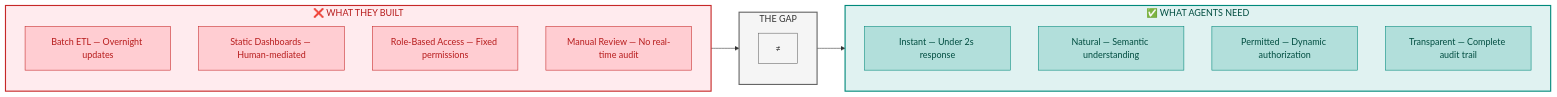
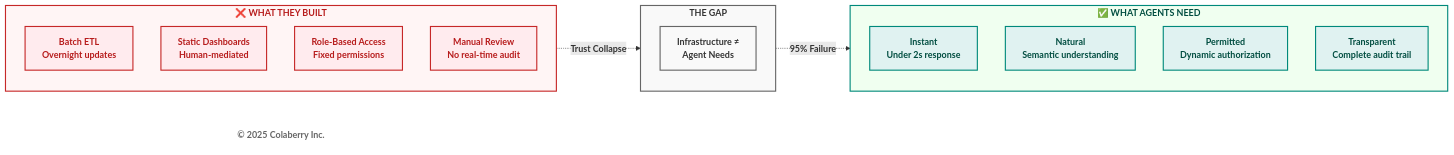
Before and after one commit to saitejesh-cyber/trust-before-intelligence-book: the first of 6 diagrams in manuscript/chapter_1_why_agents_fail_v3_1.md, drawn with Mermaid. The commit also changed other lines of this file and 52 other files, not shown here.

````diff
--- a/manuscript/chapter_1_why_agents_fail_v3_1.md
+++ b/manuscript/chapter_1_why_agents_fail_v3_1.md
@@ -24,35 +24,39 @@
 ```mermaid
-graph LR
-    subgraph BEFORE["❌ WHAT THEY BUILT"]
-        B1["Batch ETL — Overnight updates"]
-        B2["Static Dashboards — Human-mediated"]
-        B3["Role-Based Access — Fixed permissions"]
-        B4["Manual Review — No real-time audit"]
+flowchart LR
+    subgraph BUILT["<b>❌ WHAT THEY BUILT</b>"]
+        B1["<b>Batch ETL</b><br/><b>Overnight updates</b>"]
+        B2["<b>Static Dashboards</b><br/><b>Human-mediated</b>"]
+        B3["<b>Role-Based Access</b><br/><b>Fixed permissions</b>"]
+        B4["<b>Manual Review</b><br/><b>No real-time audit</b>"]
     end
-    
-    subgraph GAP["THE GAP"]
-        G1["≠"]
+
+    subgraph GAP["<b>THE GAP</b>"]
+        G["<b>Infrastructure ≠</b><br/><b>Agent Needs</b>"]
     end
-    
-    subgraph AFTER["✅ WHAT AGENTS NEED"]
-        A1["Instant — Under 2s response"]
-        A2["Natural — Semantic understanding"]
-        A3["Permitted — Dynamic authorization"]
-        A4["Transparent — Complete audit trail"]
+
+    subgraph NEED["<b>✅ WHAT AGENTS NEED</b>"]
+        N1["<b>Instant</b><br/><b>Under 2s response</b>"]
+        N2["<b>Natural</b><br/><b>Semantic understanding</b>"]
+        N3["<b>Permitted</b><br/><b>Dynamic authorization</b>"]
+        N4["<b>Transparent</b><br/><b>Complete audit trail</b>"]
     end
-    
-    BEFORE --> GAP --> AFTER
-    
-    style BEFORE fill:#ffebee,stroke:#c62828,stroke-width:2px,color:#b71c1c
-    style GAP fill:#f5f5f5,stroke:#666666,stroke-width:2px,color:#333333
-    style AFTER fill:#e0f2f1,stroke:#00897b,stroke-width:2px,color:#004d40
-    style B1 fill:#ffcdd2,stroke:#c62828,color:#b71c1c
-    style B2 fill:#ffcdd2,stroke:#c62828,color:#b71c1c
-    style B3 fill:#ffcdd2,stroke:#c62828,color:#b71c1c
-    style B4 fill:#ffcdd2,stroke:#c62828,color:#b71c1c
-    style G1 fill:#f5f5f5,stroke:#666666,color:#333333
-    style A1 fill:#b2dfdb,stroke:#00897b,color:#004d40
-    style A2 fill:#b2dfdb,stroke:#00897b,color:#004d40
-    style A3 fill:#b2dfdb,stroke:#00897b,color:#004d40
-    style A4 fill:#b2dfdb,stroke:#00897b,color:#004d40
+
+    Copyright["<b>© 2025 Colaberry Inc.</b>"]
+
+    BUILT -.->|"<b>Trust Collapse</b>"| GAP
+    GAP -.->|"<b>95% Failure</b>"| NEED
+
+    style BUILT fill:#fff5f5,stroke:#c62828,stroke-width:2px,color:#b71c1c
+    style B1 fill:#ffebee,stroke:#c62828,stroke-width:2px,color:#b71c1c
+    style B2 fill:#ffebee,stroke:#c62828,stroke-width:2px,color:#b71c1c
+    style B3 fill:#ffebee,stroke:#c62828,stroke-width:2px,color:#b71c1c
+    style B4 fill:#ffebee,stroke:#c62828,stroke-width:2px,color:#b71c1c
+    style GAP fill:#f9f9f9,stroke:#666666,stroke-width:2px,color:#333333
+    style G fill:#f9f9f9,stroke:#666666,stroke-width:2px,color:#333333
+    style NEED fill:#f0fff0,stroke:#00897b,stroke-width:2px,color:#004d40
+    style N1 fill:#e0f2f1,stroke:#00897b,stroke-width:2px,color:#004d40
+    style N2 fill:#e0f2f1,stroke:#00897b,stroke-width:2px,color:#004d40
+    style N3 fill:#e0f2f1,stroke:#00897b,stroke-width:2px,color:#004d40
+    style N4 fill:#e0f2f1,stroke:#00897b,stroke-width:2px,color:#004d40
+    style Copyright fill:#ffffff,stroke:none,color:#666666
 ```
````
